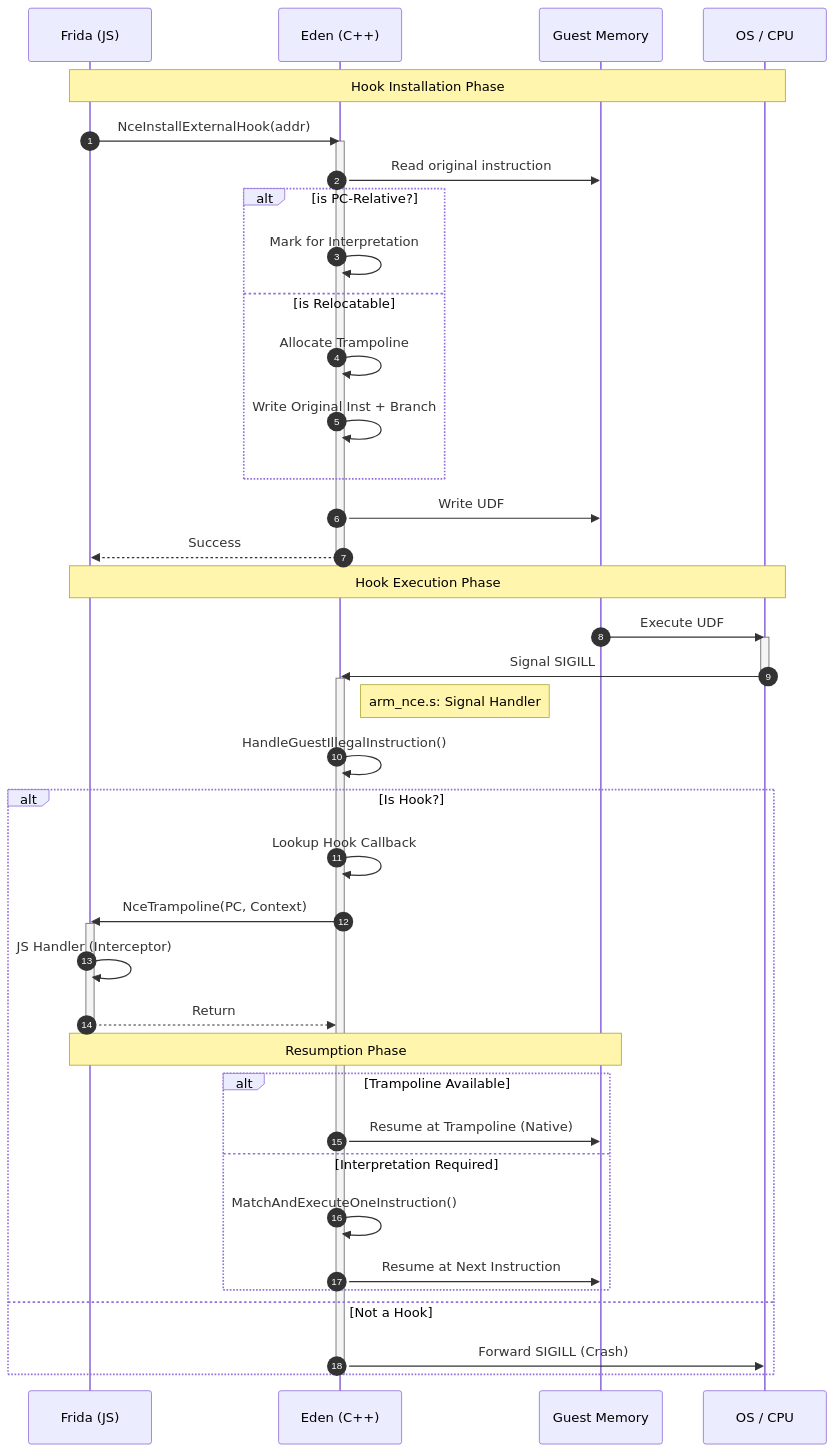
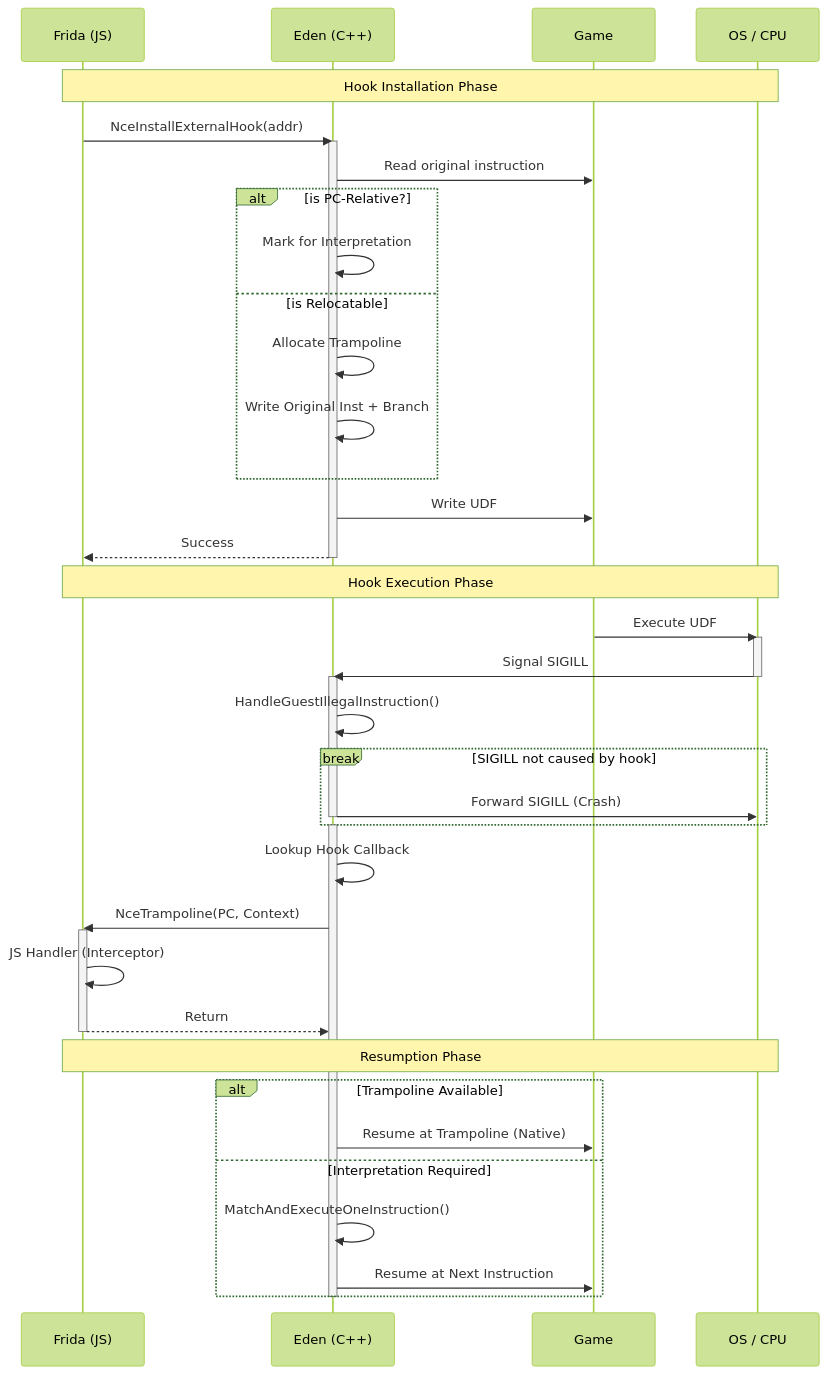
One commit to Mansive/puni-patcher changed the diagram in docs/nce_hooks_diagram.mmd. Above: the diagram before and after it, drawn with Mermaid. The commit also changed 3 other files, not shown here.

Commit message:
Update NCEHooks.md with mermaid diagram

```diff
--- a/docs/nce_hooks_diagram.mmd
+++ b/docs/nce_hooks_diagram.mmd
@@ -1,58 +1,62 @@
+%%{init: {
+    'theme': 'forest'
+}}%%
+
 sequenceDiagram
-    autonumber
+    %% autonumber
     participant F as Frida (JS)
     participant E as Eden (C++)
-    participant G as Guest Memory
+    participant G as Game
     participant OS as OS / CPU
 
     Note over F, OS: Hook Installation Phase
 
     F->>E: NceInstallExternalHook(addr)
     activate E
     E->>G: Read original instruction
     
     alt is PC-Relative?
         E->>E: Mark for Interpretation
     else is Relocatable
         E->>E: Allocate Trampoline
         E->>E: Write Original Inst + Branch
     end
 
     E->>G: Write UDF #0 (SIGILL)
     E-->>F: Success
     deactivate E
 
     Note over F, OS: Hook Execution Phase
 
     G->>OS: Execute UDF #0
     activate OS
     OS->>E: Signal SIGILL
     deactivate OS
     
     activate E
-    note right of E: arm_nce.s: Signal Handler
     
     E->>E: HandleGuestIllegalInstruction()
     
-    alt Is Hook?
-        E->>E: Lookup Hook Callback
-        
-        E->>F: NceTrampoline(PC, Context)
-        activate F
-        F->>F: JS Handler (Interceptor)
-        F-->>E: Return
-        deactivate F
-        
-        Note over F, G: Resumption Phase
-        
-        alt Trampoline Available
-            E->>G: Resume at Trampoline (Native)
-        else Interpretation Required
-            E->>E: MatchAndExecuteOneInstruction()
-            E->>G: Resume at Next Instruction
-        end
-        
-    else Not a Hook
+    break SIGILL not caused by hook
         E->>OS: Forward SIGILL (Crash)
+         deactivate E
+    end
+    activate  E
+
+    E->>E: Lookup Hook Callback
+    
+    E->>F: NceTrampoline(PC, Context)
+    activate F
+    F->>F: JS Handler (Interceptor)
+    F-->>E: Return
+    deactivate F
+    
+    Note over F, OS: Resumption Phase
+    
+    alt Trampoline Available
+        E->>G: Resume at Trampoline (Native)
+    else Interpretation Required
+        E->>E: MatchAndExecuteOneInstruction()
+        E->>G: Resume at Next Instruction
     end
     deactivate E
```
